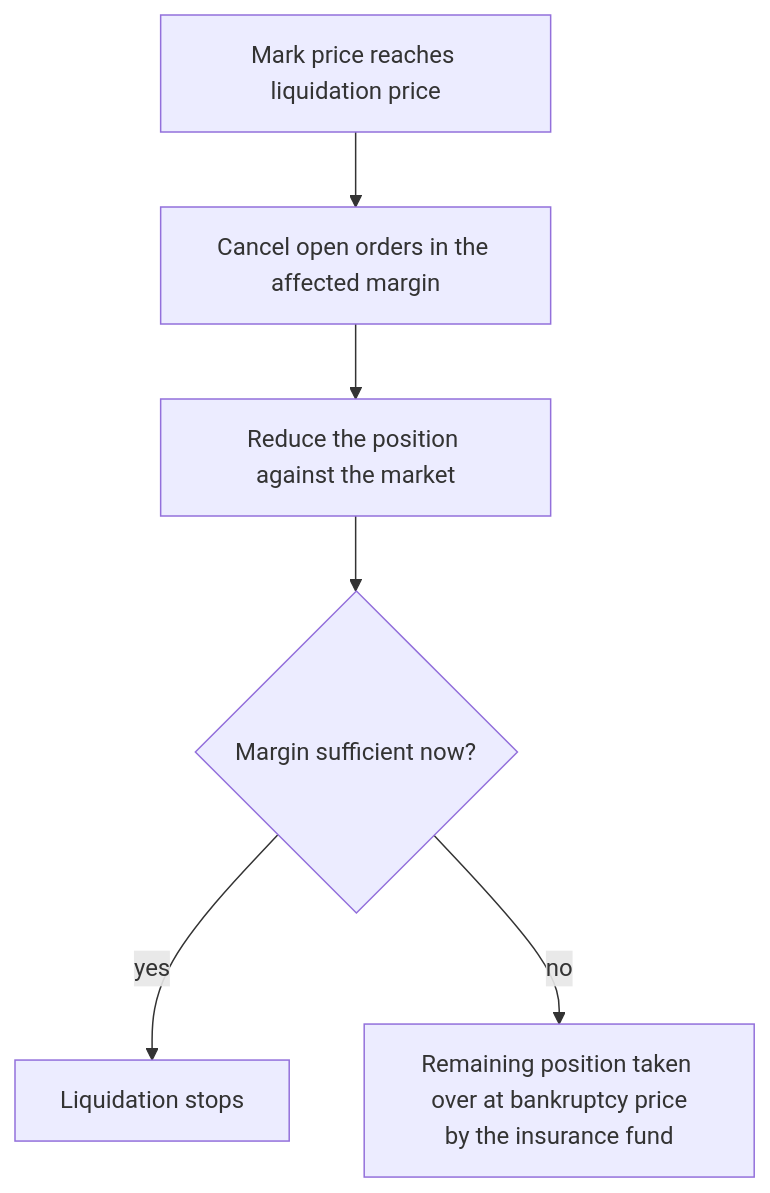
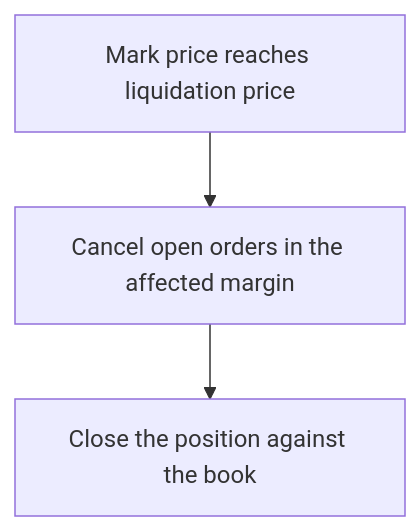
One commit to dyxy-io/perps changed the diagram in docs/liquidations.md. Above: the diagram before and after it, drawn with Mermaid. The commit also changed other lines of this file and 7 other files, not shown here.

````diff
--- a/docs/liquidations.md
+++ b/docs/liquidations.md
@@ -11,8 +16,5 @@
 ```mermaid
 flowchart TB
     A[Mark price reaches liquidation price] --> B[Cancel open orders in the affected margin]
-    B --> C[Reduce the position against the market]
-    C --> D{Margin sufficient now?}
-    D -- yes --> E[Liquidation stops]
-    D -- no --> F[Remaining position taken over at bankruptcy price<br/>by the insurance fund]
+    B --> C[Close the position against the book]
 ```
````
